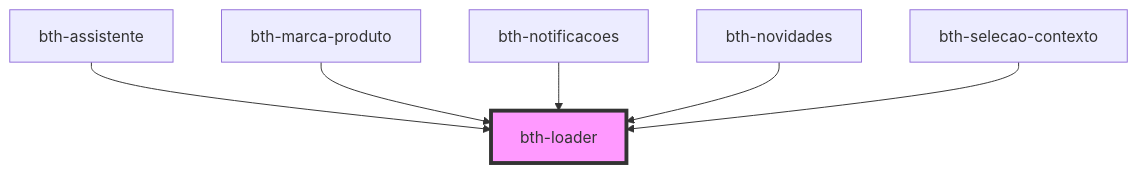
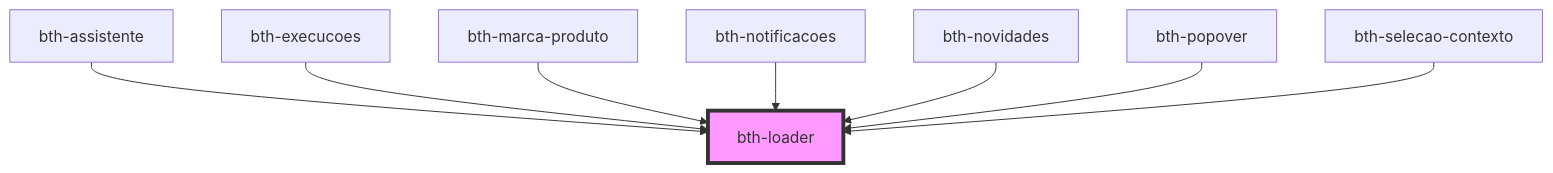
One commit to lucasbeskow/estrutura-componentes changed the diagram in src/components/comuns/loader/readme.md. Above: the diagram before and after it, drawn with Mermaid. The commit also changed other lines of this file and 32 other files, not shown here.

````diff
--- a/src/components/comuns/loader/readme.md
+++ b/src/components/comuns/loader/readme.md
@@ -45,9 +47,11 @@
 ```mermaid
 graph TD;
   bth-assistente --> bth-loader
+  bth-execucoes --> bth-loader
   bth-marca-produto --> bth-loader
   bth-notificacoes --> bth-loader
   bth-novidades --> bth-loader
+  bth-popover --> bth-loader
   bth-selecao-contexto --> bth-loader
   style bth-loader fill:#f9f,stroke:#333,stroke-width:4px
 ```
````
